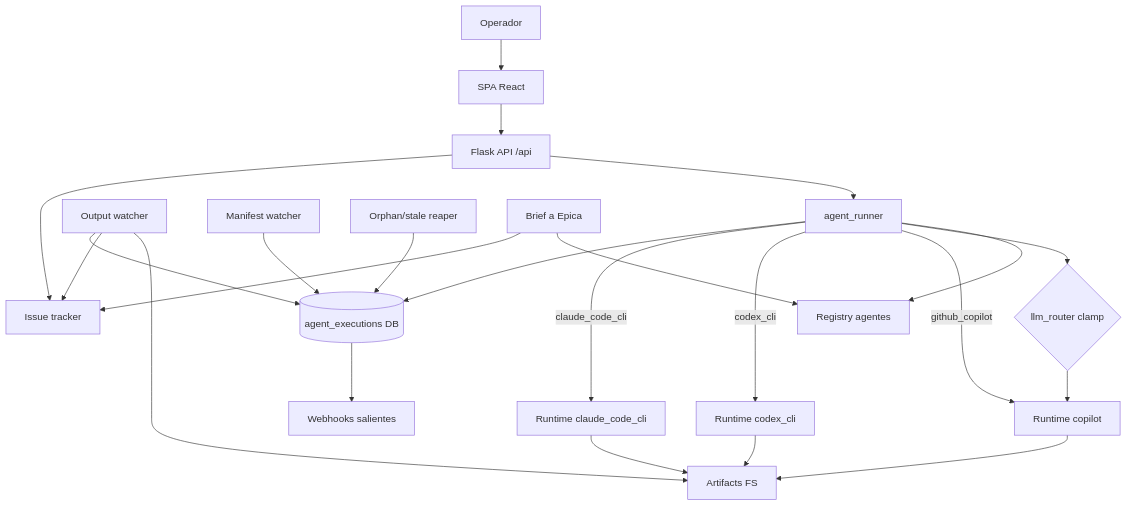
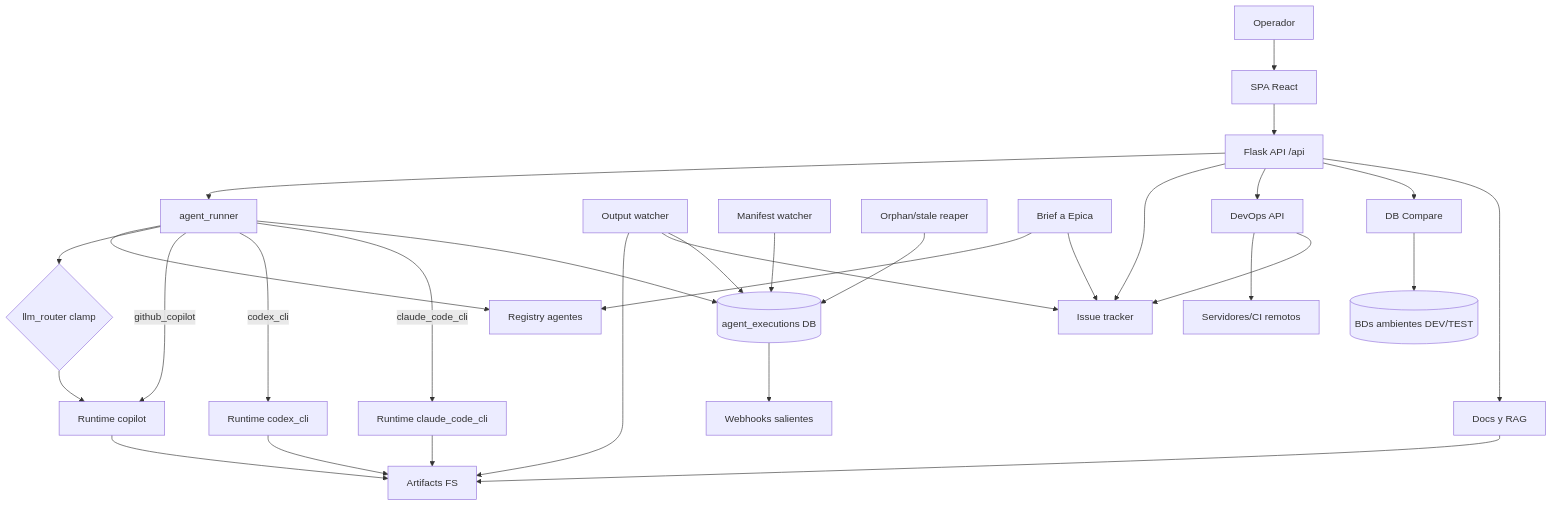
The diagram in Stacky Agents/docs/sistema/10-grafo.md (juanlucasantoliquido/Stacky), drawn with Mermaid before and after one commit. The commit also changed other lines of this file and 14 other files, not shown here.

````diff
--- a/Stacky Agents/docs/sistema/10-grafo.md
+++ b/Stacky Agents/docs/sistema/10-grafo.md
@@ -55,25 +70,32 @@
 ```mermaid
 flowchart TD
   N1[Operador] --> N2[SPA React]
   N2 --> N3[Flask API /api]
   N3 --> N4[agent_runner]
   N4 --> N5[Registry agentes]
   N4 --> N6{llm_router clamp}
   N4 -->|github_copilot| N7[Runtime copilot]
   N4 -->|codex_cli| N8[Runtime codex_cli]
   N4 -->|claude_code_cli| N9[Runtime claude_code_cli]
   N4 --> N10[(agent_executions DB)]
   N6 --> N7
   N7 --> N15[Artifacts FS]
   N8 --> N15
   N9 --> N15
   N12[Output watcher] --> N15
   N12 --> N11[Issue tracker]
   N12 --> N10
   N13[Manifest watcher] --> N10
   N14[Orphan/stale reaper] --> N10
   N3 --> N11
   N17[Brief a Epica] --> N5
   N17 --> N11
   N10 --> N16[Webhooks salientes]
+  N3 --> N18[DevOps API]
+  N18 --> N21[Servidores/CI remotos]
+  N18 --> N11
+  N3 --> N19[DB Compare]
+  N19 --> N22[(BDs ambientes DEV/TEST)]
+  N3 --> N20[Docs y RAG]
+  N20 --> N15
 ```
````
